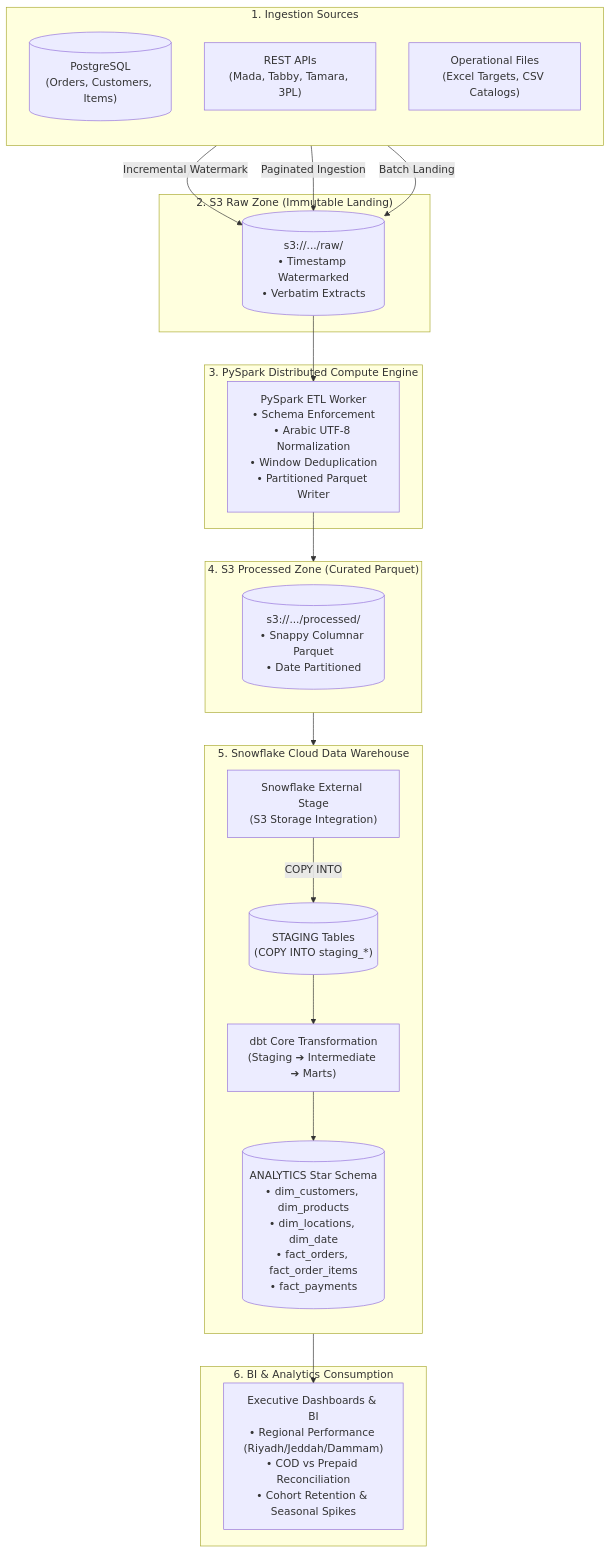
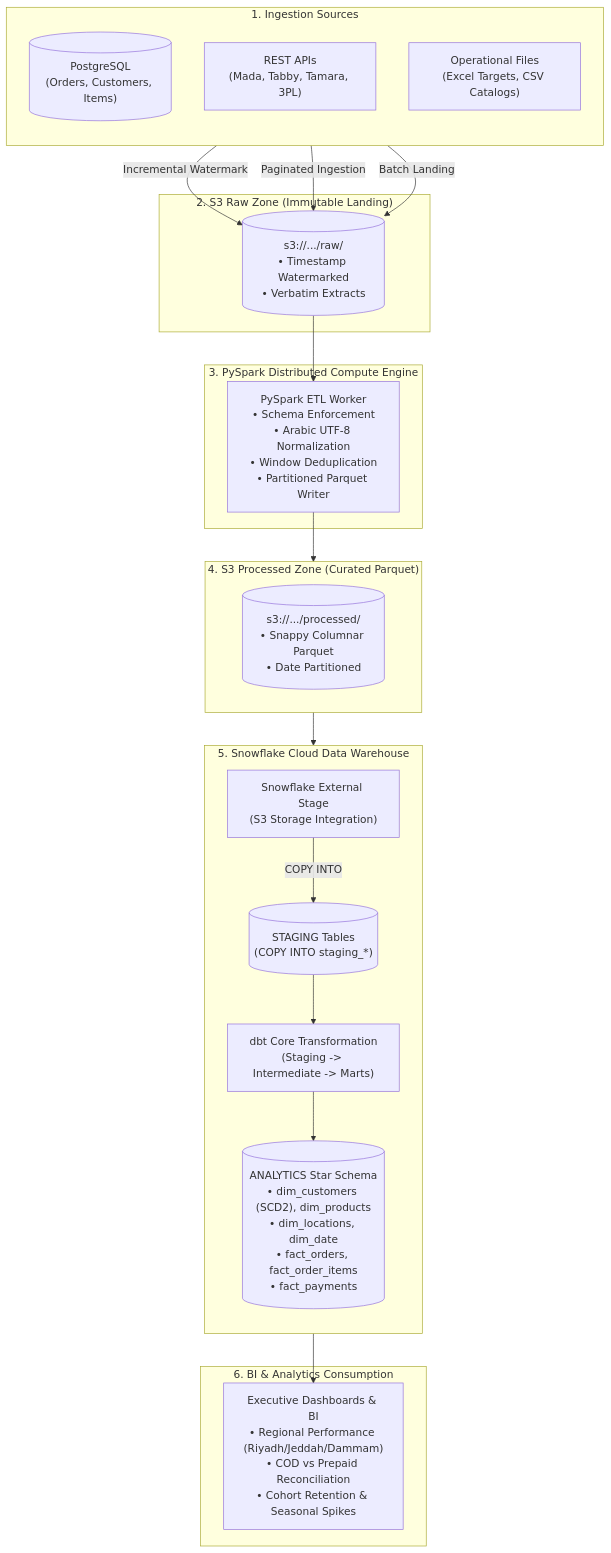
One commit to taha-shabaan/saudi-ecommerce-data-platform changed the first of 2 diagrams in README.md. Above: the diagram before and after it, drawn with Mermaid. The commit also changed other lines of this file, not shown here.

````diff
--- a/README.md
+++ b/README.md
@@ -94,46 +97,46 @@
 ```mermaid
 flowchart TD
     subgraph Sources[" 1. Ingestion Sources "]
         direction TB
         S_PG[("PostgreSQL<br/>(Orders, Customers, Items)")]
         S_API["REST APIs<br/>(Mada, Tabby, Tamara, 3PL)"]
         S_FILE["Operational Files<br/>(Excel Targets, CSV Catalogs)"]
     end
 
     subgraph Lake_Raw[" 2. S3 Raw Zone (Immutable Landing) "]
         S3_RAW[("s3://.../raw/<br/>• Timestamp Watermarked<br/>• Verbatim Extracts")]
     end
 
     subgraph Spark[" 3. PySpark Distributed Compute Engine "]
         SPARK_JOB["PySpark ETL Worker<br/>• Schema Enforcement<br/>• Arabic UTF-8 Normalization<br/>• Window Deduplication<br/>• Partitioned Parquet Writer"]
     end
 
     subgraph Lake_Proc[" 4. S3 Processed Zone (Curated Parquet) "]
         S3_PROC[("s3://.../processed/<br/>• Snappy Columnar Parquet<br/>• Date Partitioned")]
     end
 
     subgraph Snowflake[" 5. Snowflake Cloud Data Warehouse "]
         direction TB
         STAGE["Snowflake External Stage<br/>(S3 Storage Integration)"]
         SF_STG[("STAGING Tables<br/>(COPY INTO staging_*)")]
-        DBT_RUN["dbt Core Transformation<br/>(Staging ➔ Intermediate ➔ Marts)"]
-        SF_MARTS[("ANALYTICS Star Schema<br/>• dim_customers, dim_products<br/>• dim_locations, dim_date<br/>• fact_orders, fact_order_items<br/>• fact_payments")]
+        DBT_RUN["dbt Core Transformation<br/>(Staging -> Intermediate -> Marts)"]
+        SF_MARTS[("ANALYTICS Star Schema<br/>• dim_customers (SCD2), dim_products<br/>• dim_locations, dim_date<br/>• fact_orders, fact_order_items<br/>• fact_payments")]
         
         STAGE -->|COPY INTO| SF_STG
         SF_STG --> DBT_RUN
         DBT_RUN --> SF_MARTS
     end
 
     subgraph Serving[" 6. BI & Analytics Consumption "]
         BI["Executive Dashboards & BI<br/>• Regional Performance (Riyadh/Jeddah/Dammam)<br/>• COD vs Prepaid Reconciliation<br/>• Cohort Retention & Seasonal Spikes"]
     end
 
     S_PG -->|Incremental Watermark| S3_RAW
     S_API -->|Paginated Ingestion| S3_RAW
     S_FILE -->|Batch Landing| S3_RAW
 
     S3_RAW --> SPARK_JOB
     SPARK_JOB --> Lake_Proc
     Lake_Proc --> STAGE
     SF_MARTS --> BI
 ```
````
